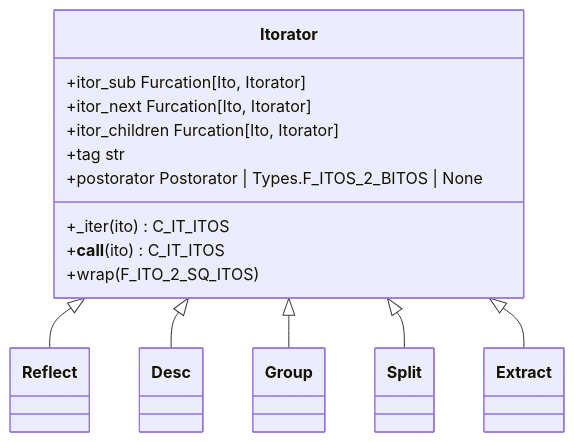
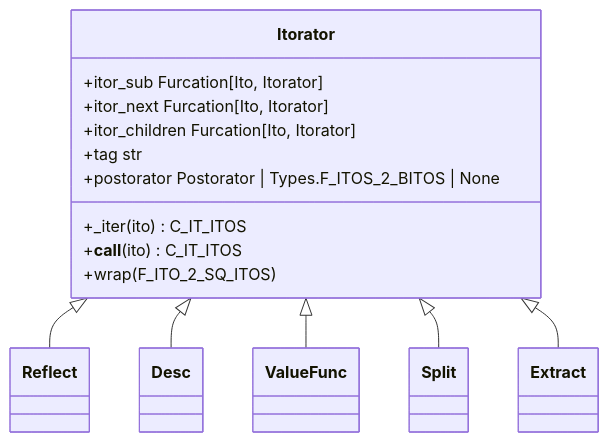
One commit to rlayers/pawpaw changed the first of 10 diagrams in docs/4. Arborform.md. Above: the diagram before and after it, drawn with Mermaid.

Commit message:
Class diagram fix

````diff
--- a/docs/4. Arborform.md
+++ b/docs/4. Arborform.md
@@ -64,20 +64,19 @@
 ```mermaid
 classDiagram
   class Itorator{
       +itor_sub Furcation[Ito, Itorator]
       +itor_next Furcation[Ito, Itorator]
       +itor_children Furcation[Ito, Itorator]
       +tag str
       +postorator Postorator | Types.F_ITOS_2_BITOS | None
       +_iter(ito) C_IT_ITOS
       +__call__(ito) C_IT_ITOS
       +wrap(F_ITO_2_SQ_ITOS)
   }
   
   Itorator <|-- Reflect
   Itorator <|-- Desc
-  Itorator <|-- Group
+  Itorator <|-- ValueFunc
   Itorator <|-- Split
   Itorator <|-- Extract
-
 ```
````
